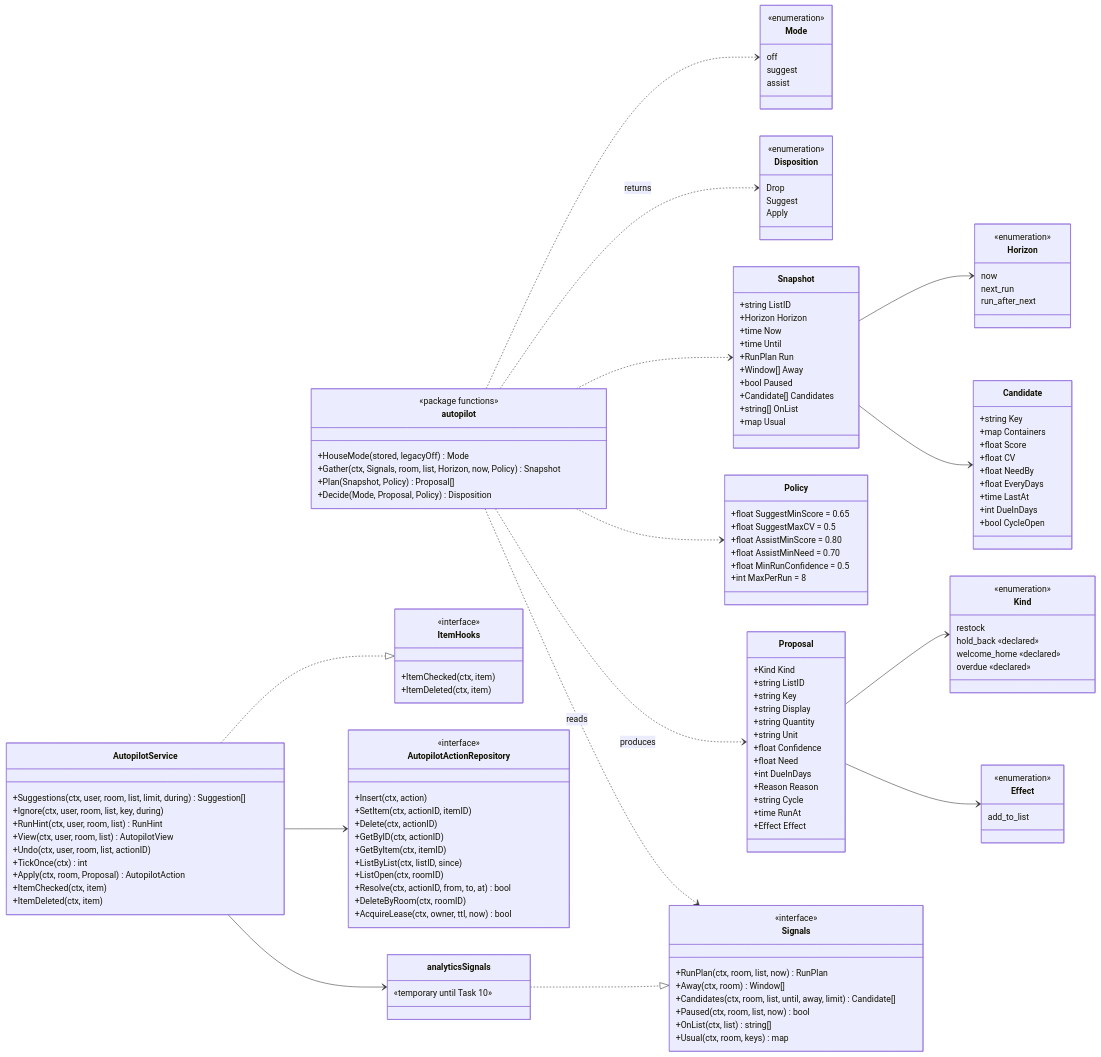
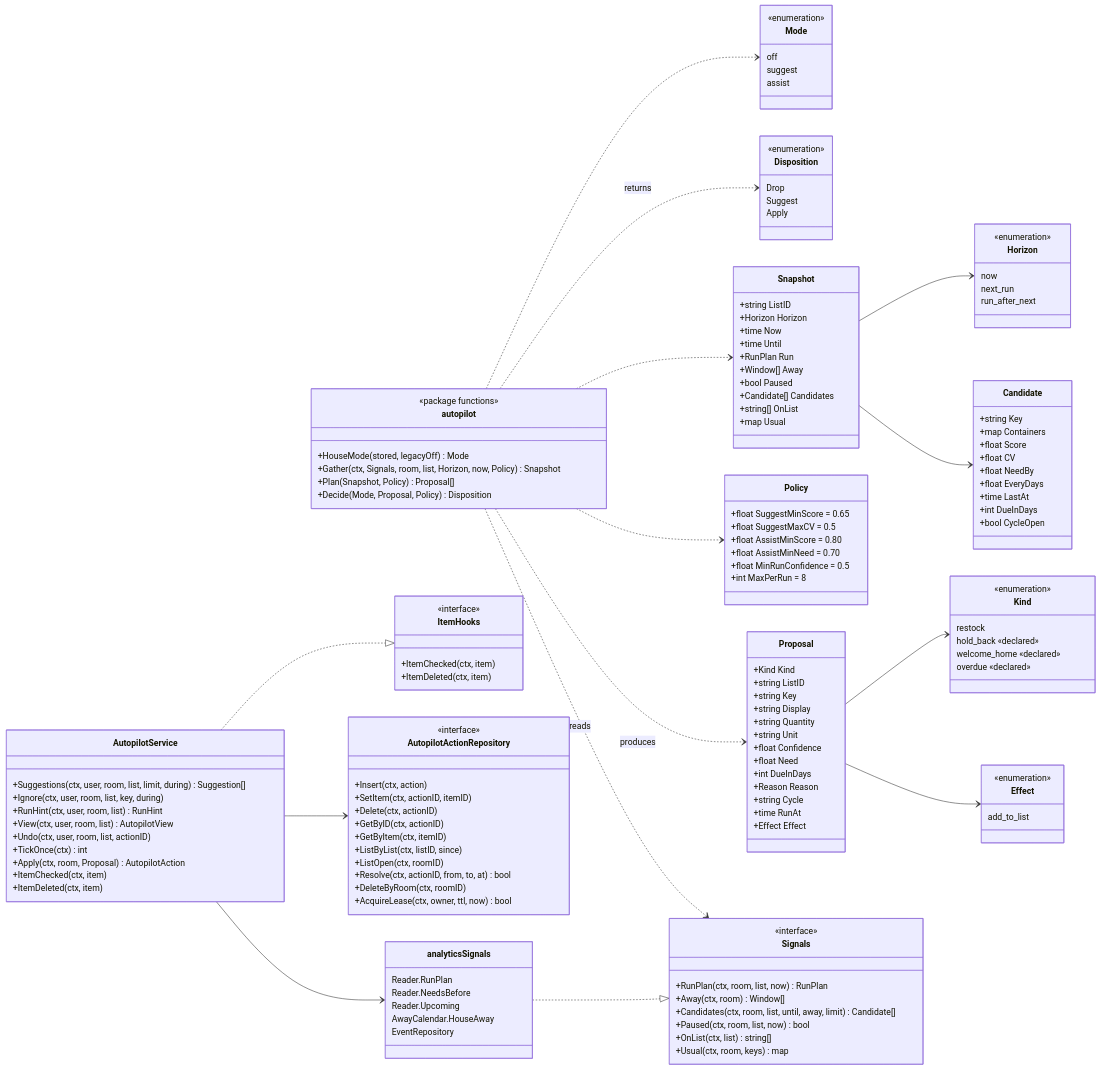
One commit to janvillarosa/gracie-app changed the third of 11 diagrams in docs/superpowers/plans/2026-10-17-autopilot-engine.md. Above: the diagram before and after it, drawn with Mermaid. The commit also changed other lines of this file, not shown here.

Commit message:
docs(autopilot): plan v4, build on the merged analytics anticipation

```diff
--- a/docs/superpowers/plans/2026-10-17-autopilot-engine.md
+++ b/docs/superpowers/plans/2026-10-17-autopilot-engine.md
@@ -235,7 +242,11 @@
         +AcquireLease(ctx, owner, ttl, now) bool
     }
     class analyticsSignals {
-        «temporary until Task 10»
+        Reader.RunPlan
+        Reader.NeedsBefore
+        Reader.Upcoming
+        AwayCalendar.HouseAway
+        EventRepository
     }
     Proposal --> Kind
     Proposal --> Effect
```
